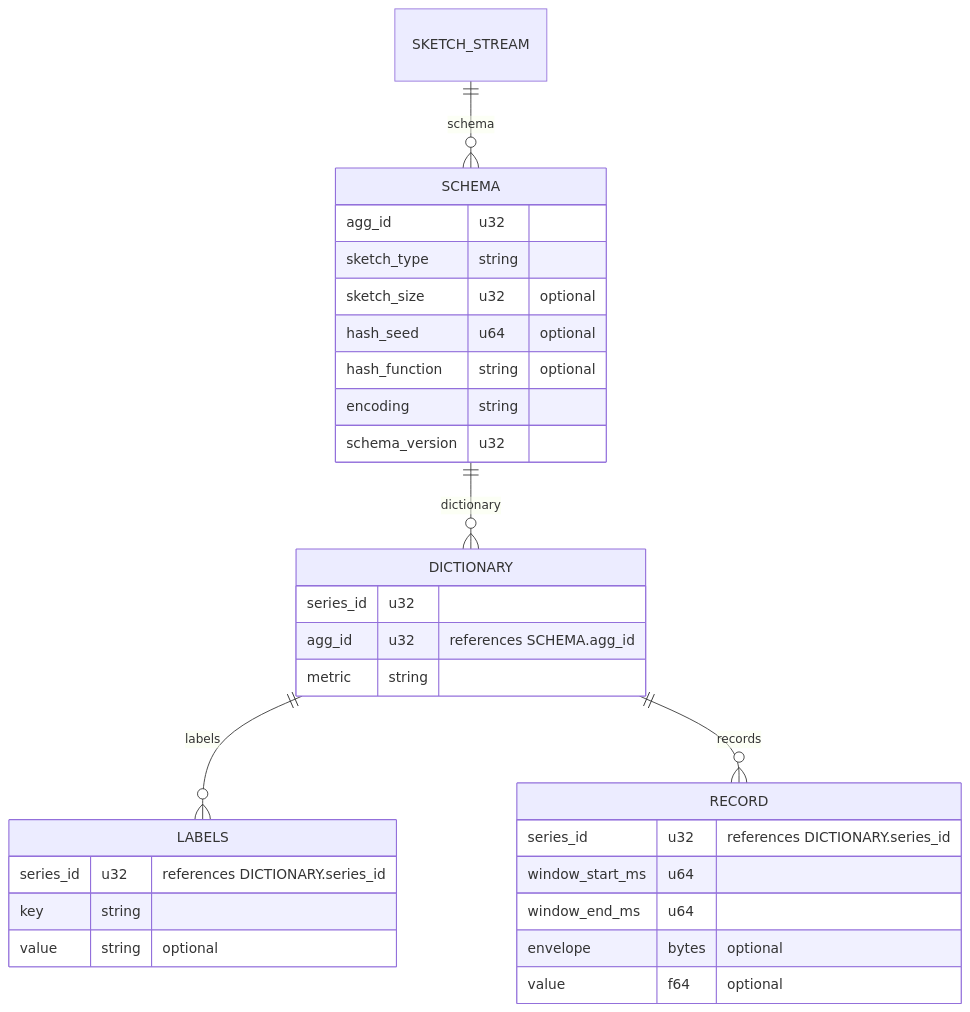
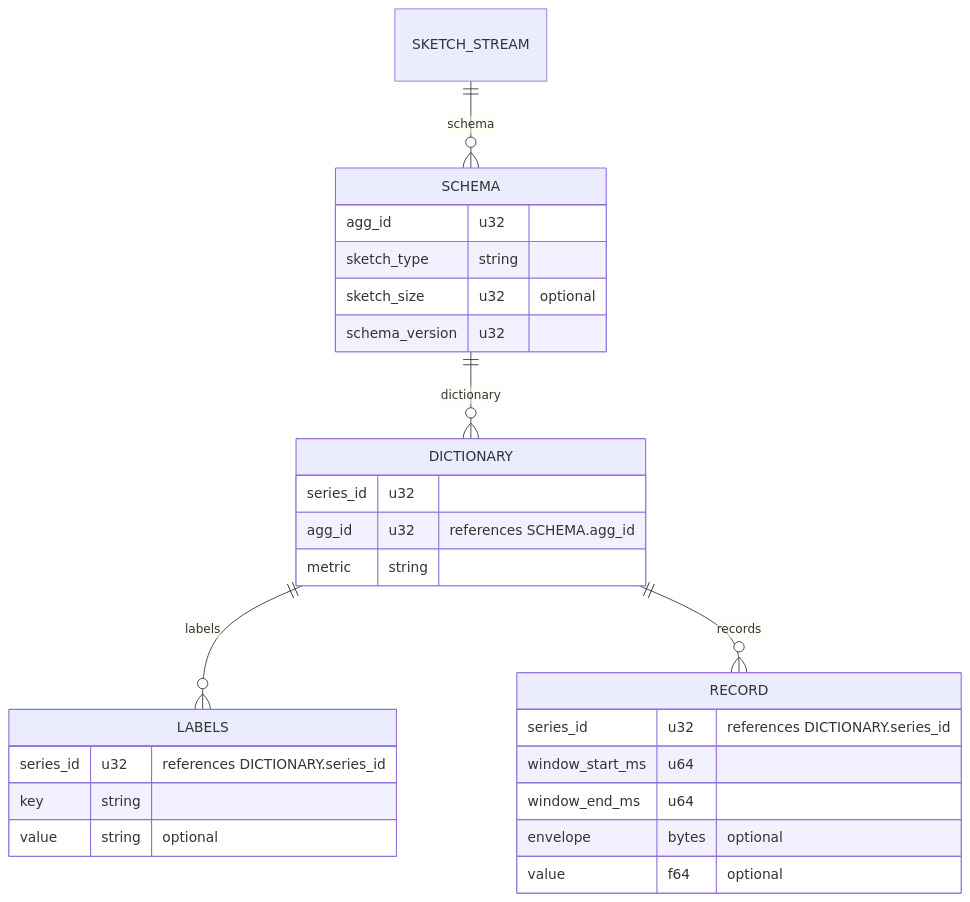
Before and after one commit to ProjectASAP/ASAPCollector-public: the diagram in docs/data_model.md, drawn with Mermaid. The commit also changed other lines of this file and 60 other files, not shown here.

````diff
--- a/docs/data_model.md
+++ b/docs/data_model.md
@@ -77,33 +79,30 @@
 ```mermaid
 erDiagram
     SKETCH_STREAM ||--o{ SCHEMA : schema
     SCHEMA ||--o{ DICTIONARY : dictionary
     DICTIONARY ||--o{ LABELS : labels
     DICTIONARY ||--o{ RECORD : records
     SCHEMA{
         agg_id u32
         sketch_type string
         sketch_size u32 "optional"
-        hash_seed u64 "optional"
-        hash_function string "optional"
-        encoding string
         schema_version u32
     }
     DICTIONARY{
         series_id u32
         agg_id u32 "references SCHEMA.agg_id"
         metric string
     }
     LABELS{
         series_id u32 "references DICTIONARY.series_id"
         key string
         value string "optional"
     }
     RECORD{
         series_id u32 "references DICTIONARY.series_id"
         window_start_ms u64
         window_end_ms u64
         envelope bytes "optional"
         value f64 "optional"
     }
 ```
````
